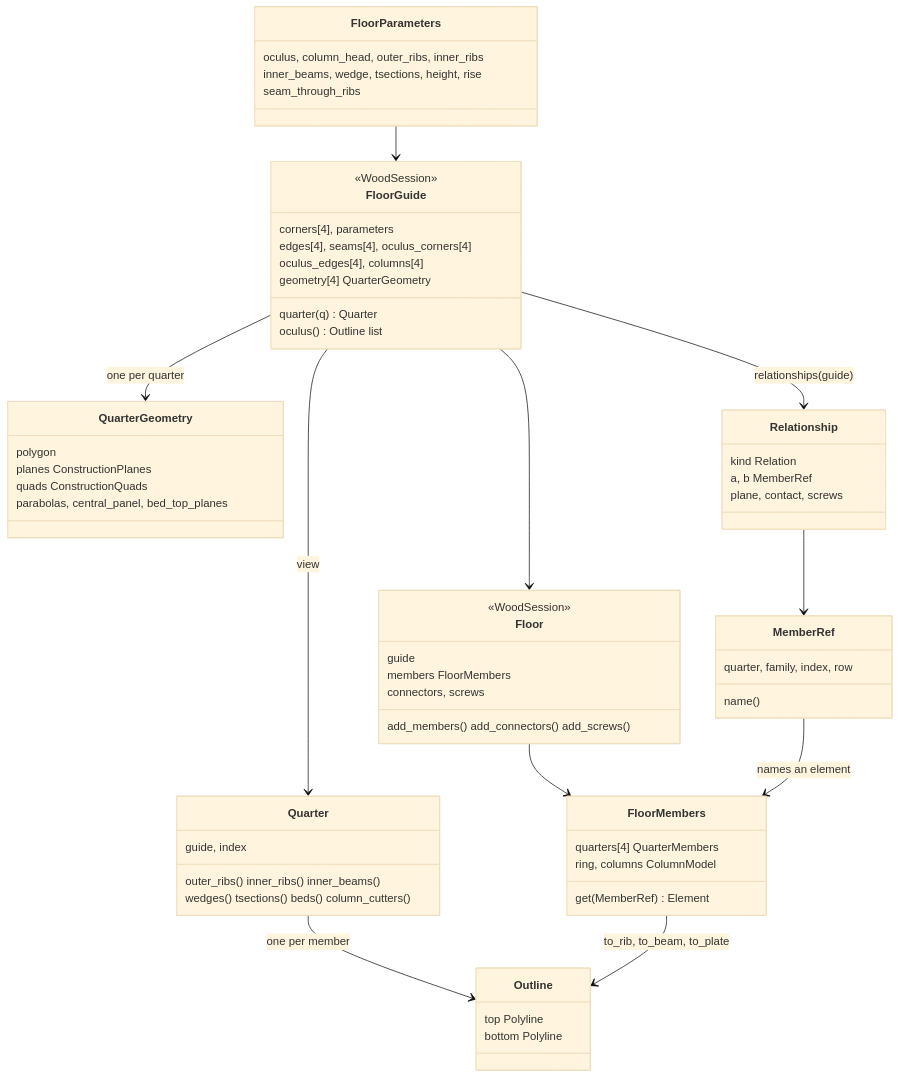
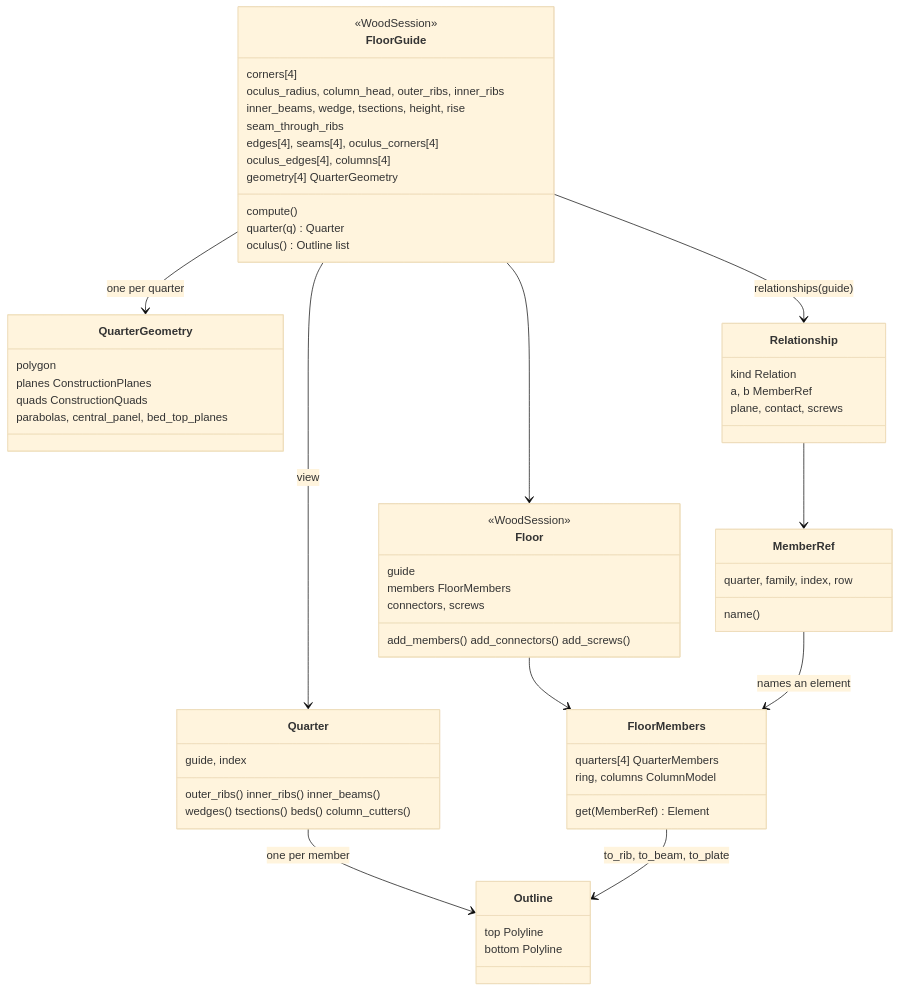
One commit to petrasvestartas/wood changed the diagram in docs/templates/floor.md. Above: the diagram before and after it, drawn with Mermaid (base theme). The commit also changed other lines of this file and 254 other files, not shown here.

Commit message:
wood: floor docs and films at full resolution, pinned to the FloorGuide fields; skill templates refreshed

````diff
--- a/docs/templates/floor.md
+++ b/docs/templates/floor.md
@@ -37,64 +37,62 @@
 ```mermaid
 classDiagram
     direction TB
-    class FloorParameters {
-        oculus, column_head, outer_ribs, inner_ribs
+    class FloorGuide {
+        <<WoodSession>>
+        corners[4]
+        oculus_radius, column_head, outer_ribs, inner_ribs
         inner_beams, wedge, tsections, height, rise
         seam_through_ribs
-    }
-    class FloorGuide {
-        <<WoodSession>>
-        corners[4], parameters
         edges[4], seams[4], oculus_corners[4]
         oculus_edges[4], columns[4]
         geometry[4] QuarterGeometry
+        compute()
         quarter(q) Quarter
         oculus() Outline list
     }
     class QuarterGeometry {
         polygon
         planes ConstructionPlanes
         quads ConstructionQuads
         parabolas, central_panel, bed_top_planes
     }
     class Quarter {
         guide, index
         outer_ribs() inner_ribs() inner_beams()
         wedges() tsections() beds() column_cutters()
     }
     class Outline {
         top Polyline
         bottom Polyline
     }
     class Floor {
         <<WoodSession>>
         guide
         members FloorMembers
         connectors, screws
         add_members() add_connectors() add_screws()
     }
     class FloorMembers {
         quarters[4] QuarterMembers
         ring, columns ColumnModel
         get(MemberRef) Element
     }
     class Relationship {
         kind Relation
         a, b MemberRef
         plane, contact, screws
     }
     class MemberRef {
         quarter, family, index, row
         name()
     }
-    FloorParameters --> FloorGuide
     FloorGuide --> QuarterGeometry : one per quarter
     FloorGuide --> Quarter : view
     Quarter --> Outline : one per member
     FloorGuide --> Floor
     Floor --> FloorMembers
     FloorMembers --> Outline : to_rib, to_beam, to_plate
     FloorGuide --> Relationship : relationships(guide)
     Relationship --> MemberRef
     MemberRef --> FloorMembers : names an element
 ```
````
